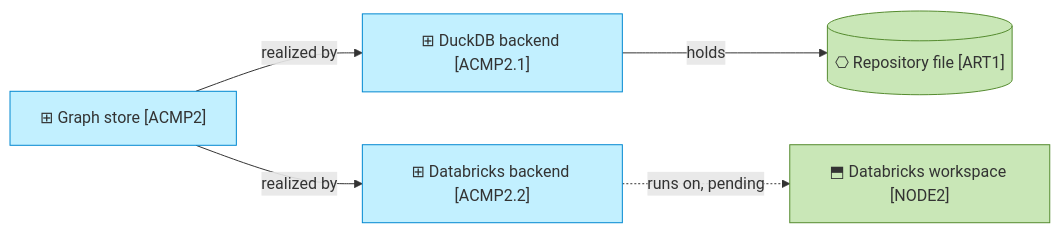
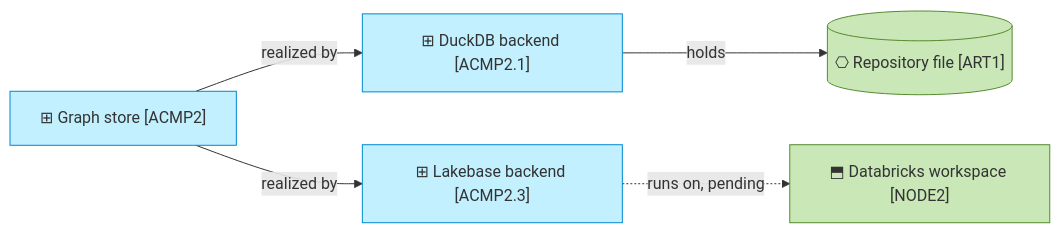
Before and after one commit to roanboc/dbx-enterprise-architecture: the fourth of 4 diagrams in architecture/4_application/2_application-components.md, drawn with Mermaid. The commit also changed other lines of this file and 12 other files, not shown here.

First line of the commit message:
docs: initiative 14 — the store on Lakebase, aligned through the layers

````diff
--- a/architecture/4_application/2_application-components.md
+++ b/architecture/4_application/2_application-components.md
@@ -106,15 +106,15 @@
 ```mermaid
 flowchart LR
   store["⊞ Graph store [ACMP2]"]:::application
   duck["⊞ DuckDB backend [ACMP2.1]"]:::application
-  dbx["⊞ Databricks backend [ACMP2.2]"]:::application
+  lake["⊞ Lakebase backend [ACMP2.3]"]:::application
   file[("⎔ Repository file [ART1]")]:::technology
   node["⬒ Databricks workspace [NODE2]"]:::technology
   store -->|realized by| duck
-  store -->|realized by| dbx
+  store -->|realized by| lake
   duck -->|holds| file
-  dbx -.->|runs on, pending| node
+  lake -.->|runs on, pending| node
 
   classDef application fill:#c2f0ff,stroke:#0288d1,color:#333
   classDef technology fill:#c9e7b7,stroke:#558b2f,color:#333
 ```
````
